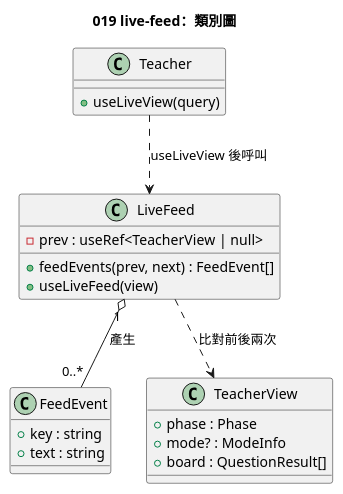
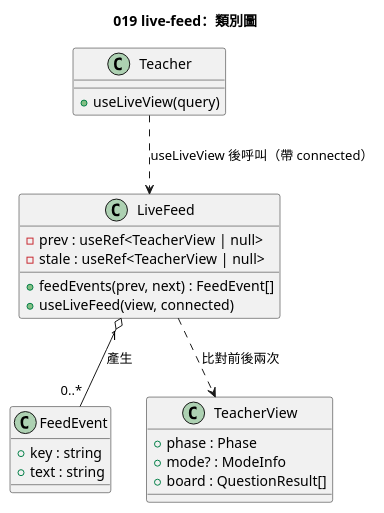
One commit to yue083139/software_fin-speckit changed the diagram in diagrams/019-live-feed-class.puml. Above: the diagram before and after it, drawn with PlantUML. The commit also changed 3 other files, not shown here.

Commit message:
docs(diagrams): 019-live-feed 類別圖與時序圖補斷線重連分支

```diff
--- a/diagrams/019-live-feed-class.puml
+++ b/diagrams/019-live-feed-class.puml
@@ -1,24 +1,25 @@
 @startuml 019-live-feed-class
 title 019 live-feed：類別圖
 
 class "FeedEvent" as Event {
   +key : string
   +text : string
 }
 class "LiveFeed" as Feed {
   +feedEvents(prev, next) : FeedEvent[]
-  +useLiveFeed(view)
+  +useLiveFeed(view, connected)
   -prev : useRef<TeacherView | null>
+  -stale : useRef<TeacherView | null>
 }
 class "TeacherView" as View {
   +phase : Phase
   +mode? : ModeInfo
   +board : QuestionResult[]
 }
 class "Teacher" as Teacher {
   +useLiveView(query)
 }
 Feed ..> View : 比對前後兩次
 Feed "1" o-- "0..*" Event : 產生
-Teacher ..> Feed : useLiveView 後呼叫
+Teacher ..> Feed : useLiveView 後呼叫（帶 connected）
 @enduml
```
